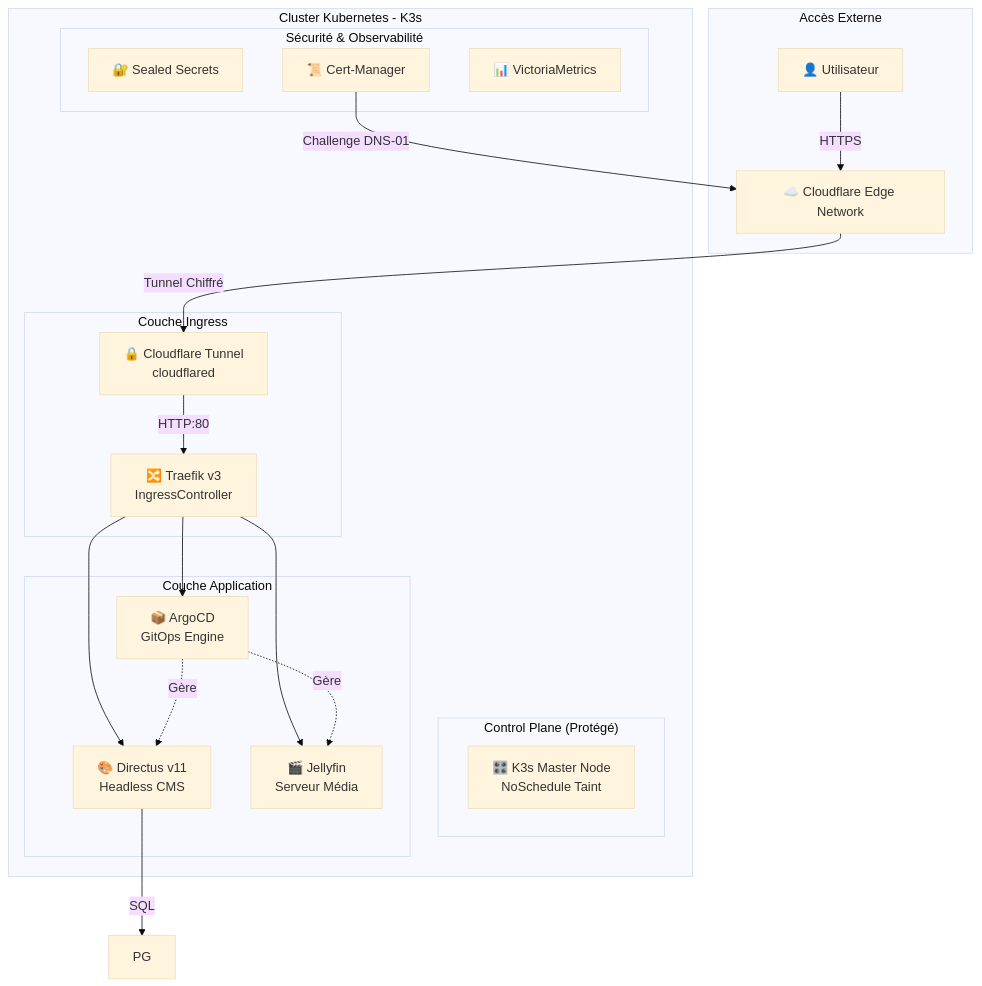
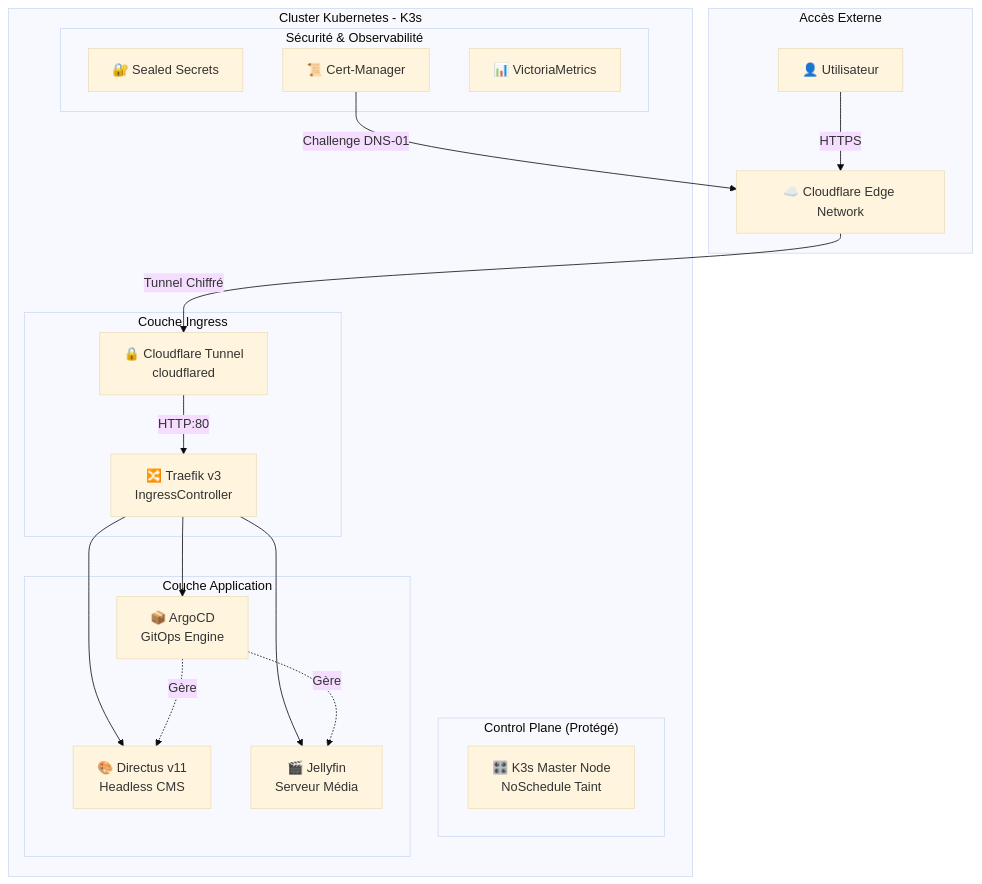
The first of 2 diagrams in README.md (clementtrecourt/homelab-stack), drawn with Mermaid (base theme) before and after one commit.

````diff
--- a/README.md
+++ b/README.md
@@ -46,42 +46,41 @@
 ```mermaid
 graph TB
     subgraph "Accès Externe"
         User[👤 Utilisateur]
         CF[☁️ Cloudflare Edge Network]
     end
     
     subgraph "Cluster Kubernetes - K3s"
         subgraph "Control Plane (Protégé)"
             Master[🎛️ K3s Master Node<br/>NoSchedule Taint]
         end
         
         subgraph "Couche Ingress"
             CFT[🔒 Cloudflare Tunnel<br/>cloudflared]
             Traefik[🔀 Traefik v3<br/>IngressController]
         end
         
         subgraph "Couche Application"
             ArgoCD[📦 ArgoCD<br/>GitOps Engine]
             Directus[🎨 Directus v11<br/>Headless CMS]
             Jellyfin[🎬 Jellyfin<br/>Serveur Média]
         end
       
         
         subgraph "Sécurité & Observabilité"
             SealedSecrets[🔐 Sealed Secrets]
             CertManager[📜 Cert-Manager]
             Victoria[📊 VictoriaMetrics]
         end
     end
     
     User -->|HTTPS| CF
     CF -->|Tunnel Chiffré| CFT
     CFT -->|HTTP:80| Traefik
     Traefik --> ArgoCD
     Traefik --> Directus
     Traefik --> Jellyfin
-    Directus -->|SQL| PG
     CertManager -->|Challenge DNS-01| CF
     ArgoCD -.->|Gère| Directus
     ArgoCD -.->|Gère| Jellyfin
 ```
````
